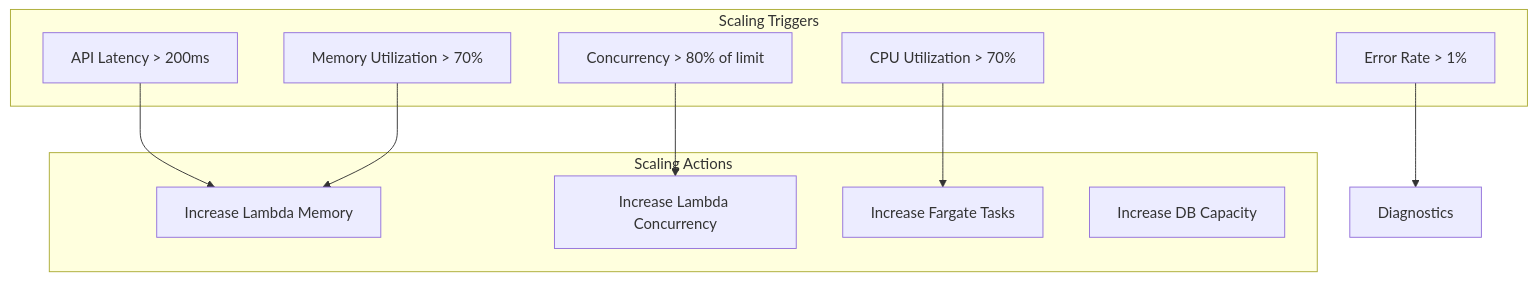
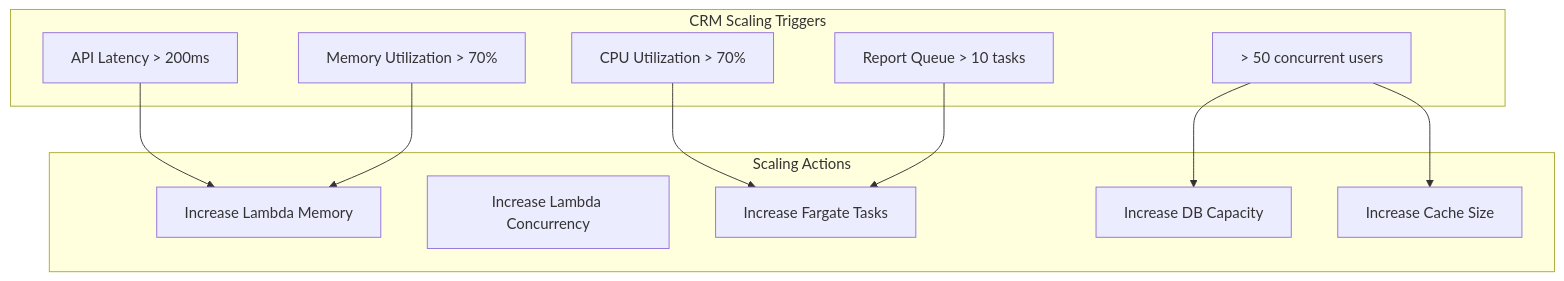
Before and after one commit to philkunz/fargate: diagram 11 of 12 in architecture/scaling.md, drawn with Mermaid. The commit also changed other lines of this file and 11 other files, not shown here.

Commit message:
feat(documentation): Revamp Zebros CRM serverless architecture documentation with updated diagrams, expanded API, authentication, long-running tasks, data storage, and scaling details

````diff
--- a/architecture/scaling.md
+++ b/architecture/scaling.md
@@ -199,23 +241,25 @@
 ```mermaid
 flowchart TD
-    subgraph "Scaling Triggers"
+    subgraph "CRM Scaling Triggers"
         APILatency[API Latency > 200ms]
         CPUUtil[CPU Utilization > 70%]
         MemUtil[Memory Utilization > 70%]
-        Errors[Error Rate > 1%]
-        Concurrency[Concurrency > 80% of limit]
+        TaskQueue[Report Queue > 10 tasks]
+        UserConcurrency[> 50 concurrent users]
     end
     
     subgraph "Scaling Actions"
         LambdaMemory[Increase Lambda Memory]
         LambdaConcurrency[Increase Lambda Concurrency]
         FargateTasks[Increase Fargate Tasks]
         DBCapacity[Increase DB Capacity]
+        CacheSize[Increase Cache Size]
     end
     
     APILatency --> LambdaMemory
     CPUUtil --> FargateTasks
     MemUtil --> LambdaMemory
-    Errors --> Diagnostics[Diagnostics]
-    Concurrency --> LambdaConcurrency
+    TaskQueue --> FargateTasks
+    UserConcurrency --> DBCapacity
+    UserConcurrency --> CacheSize
 ```
````
